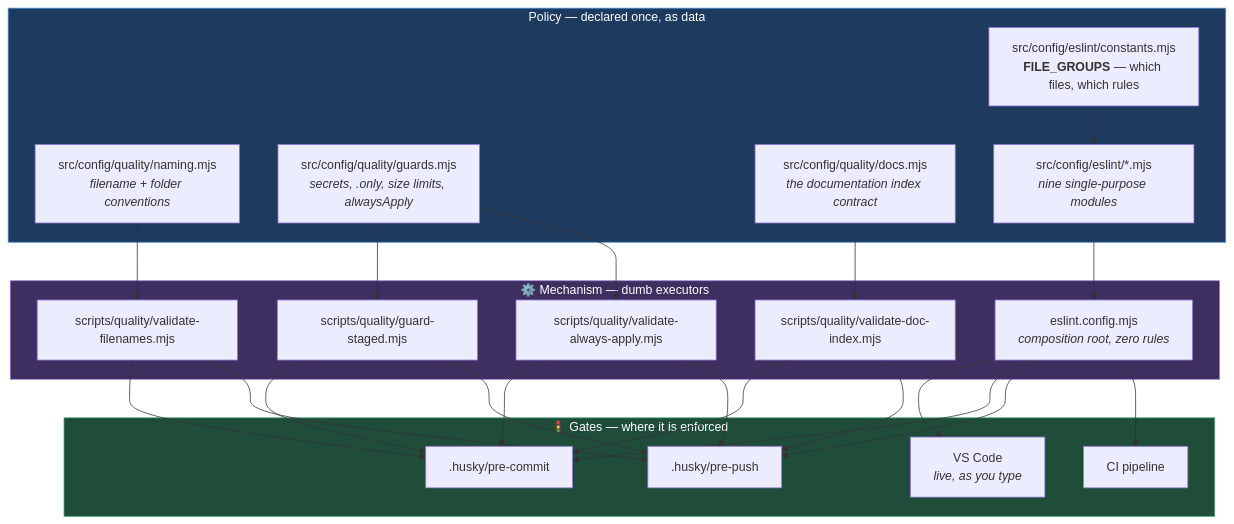
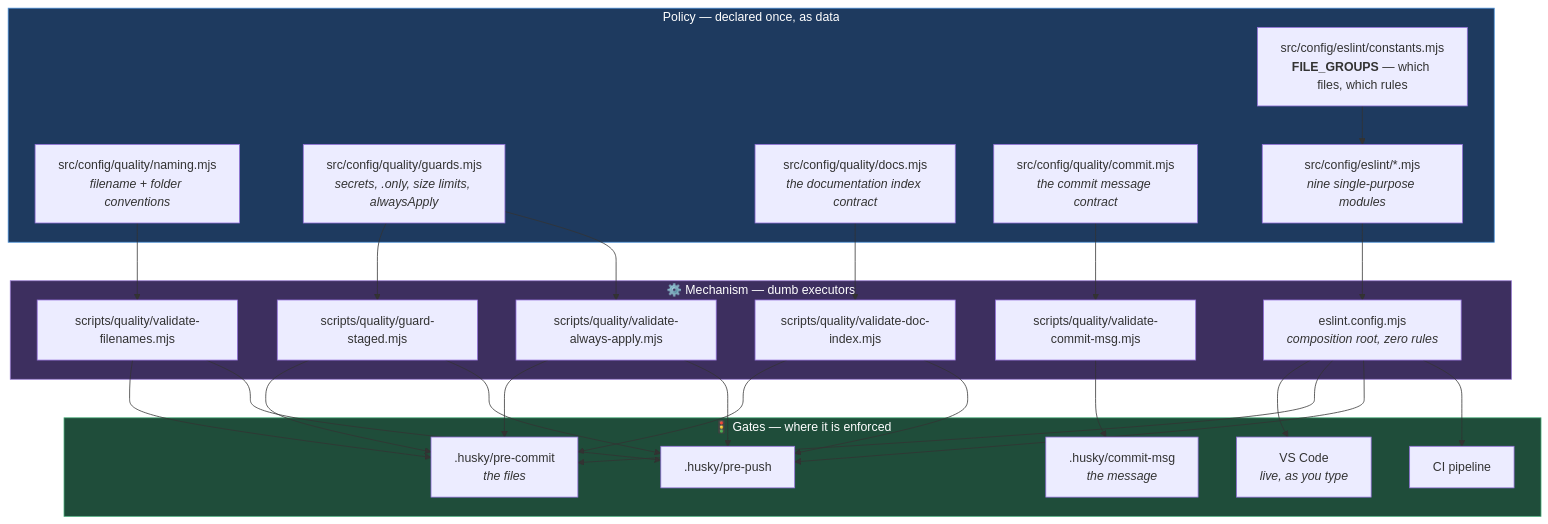
One commit to sinugotshifhiwa4/playwright-ts-automation-framework-codebase changed the first of 6 diagrams in docs/01-config/QUALITY_ARCHITECTURE.md. Above: the diagram before and after it, drawn with Mermaid. The commit also changed other lines of this file and 6 other files, not shown here.

First line of the commit message:
feat(quality): gate the commit message

````diff
--- a/docs/01-config/QUALITY_ARCHITECTURE.md
+++ b/docs/01-config/QUALITY_ARCHITECTURE.md
@@ -45,49 +45,54 @@
 ```mermaid
 graph TD
     subgraph POLICY["Policy — declared once, as data"]
         NAMING["src/config/quality/naming.mjs<br/><i>filename + folder conventions</i>"]
         GUARDS["src/config/quality/guards.mjs<br/><i>secrets, .only, size limits, alwaysApply</i>"]
         DOCS["src/config/quality/docs.mjs<br/><i>the documentation index contract</i>"]
+        COMMIT["src/config/quality/commit.mjs<br/><i>the commit message contract</i>"]
         ESLINT_C["src/config/eslint/*.mjs<br/><i>nine single-purpose modules</i>"]
         CONST["src/config/eslint/constants.mjs<br/><b>FILE_GROUPS</b> — which files, which rules"]
     end
 
     subgraph MECHANISM["⚙️ Mechanism — dumb executors"]
         VF["scripts/quality/validate-filenames.mjs"]
         GS["scripts/quality/guard-staged.mjs"]
         VA["scripts/quality/validate-always-apply.mjs"]
         VD["scripts/quality/validate-doc-index.mjs"]
+        VM["scripts/quality/validate-commit-msg.mjs"]
         ESLINT["eslint.config.mjs<br/><i>composition root, zero rules</i>"]
     end
 
     subgraph GATES["🚦 Gates — where it is enforced"]
         IDE["VS Code<br/><i>live, as you type</i>"]
-        PC[".husky/pre-commit"]
+        PC[".husky/pre-commit<br/><i>the files</i>"]
+        CM[".husky/commit-msg<br/><i>the message</i>"]
         PP[".husky/pre-push"]
         CI["CI pipeline"]
     end
 
     NAMING --> VF
     GUARDS --> GS
     GUARDS --> VA
     DOCS --> VD
+    COMMIT --> VM
     CONST --> ESLINT_C
     ESLINT_C --> ESLINT
 
+    VM --> CM
     VF --> PC
     GS --> PC
     VA --> PC
     VD --> PC
     ESLINT --> IDE
     ESLINT --> PC
     VF --> PP
     GS --> PP
     VA --> PP
     VD --> PP
     ESLINT --> PP
     ESLINT --> CI
 
     style POLICY fill:#1e3a5f,stroke:#4a90d9,color:#fff
     style MECHANISM fill:#3d2f5f,stroke:#9b7fd4,color:#fff
     style GATES fill:#1f4d3a,stroke:#4caf7d,color:#fff
 ```
````
